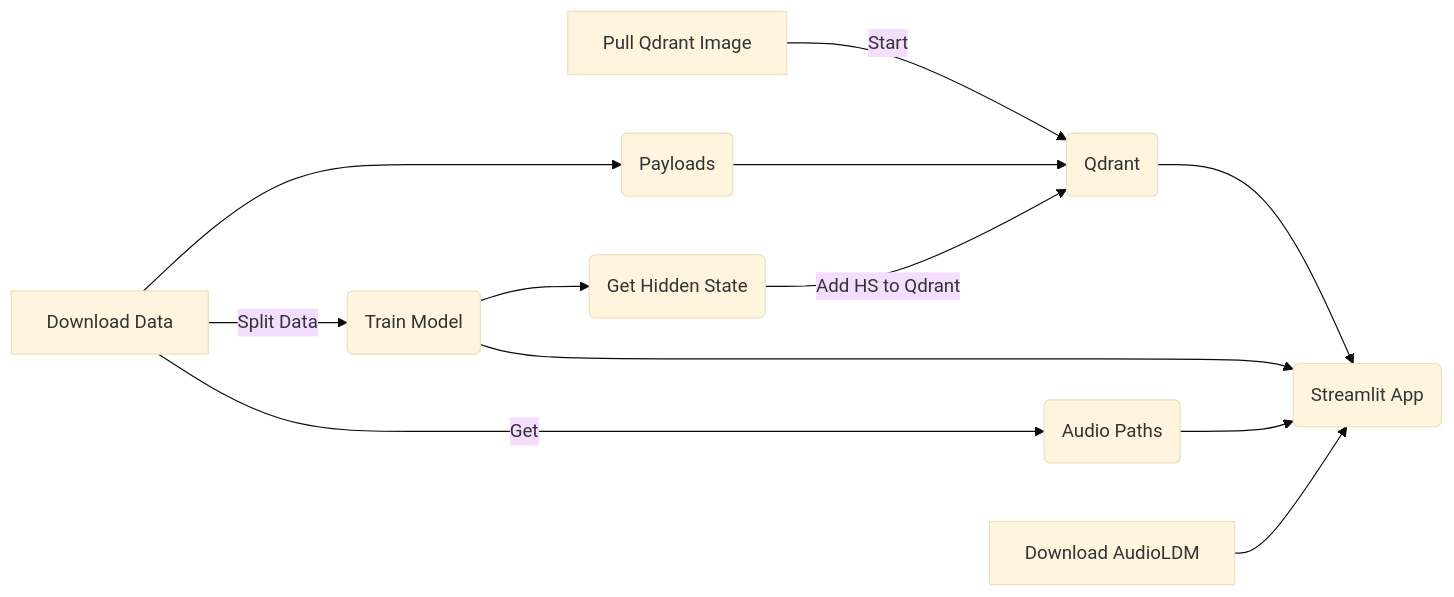
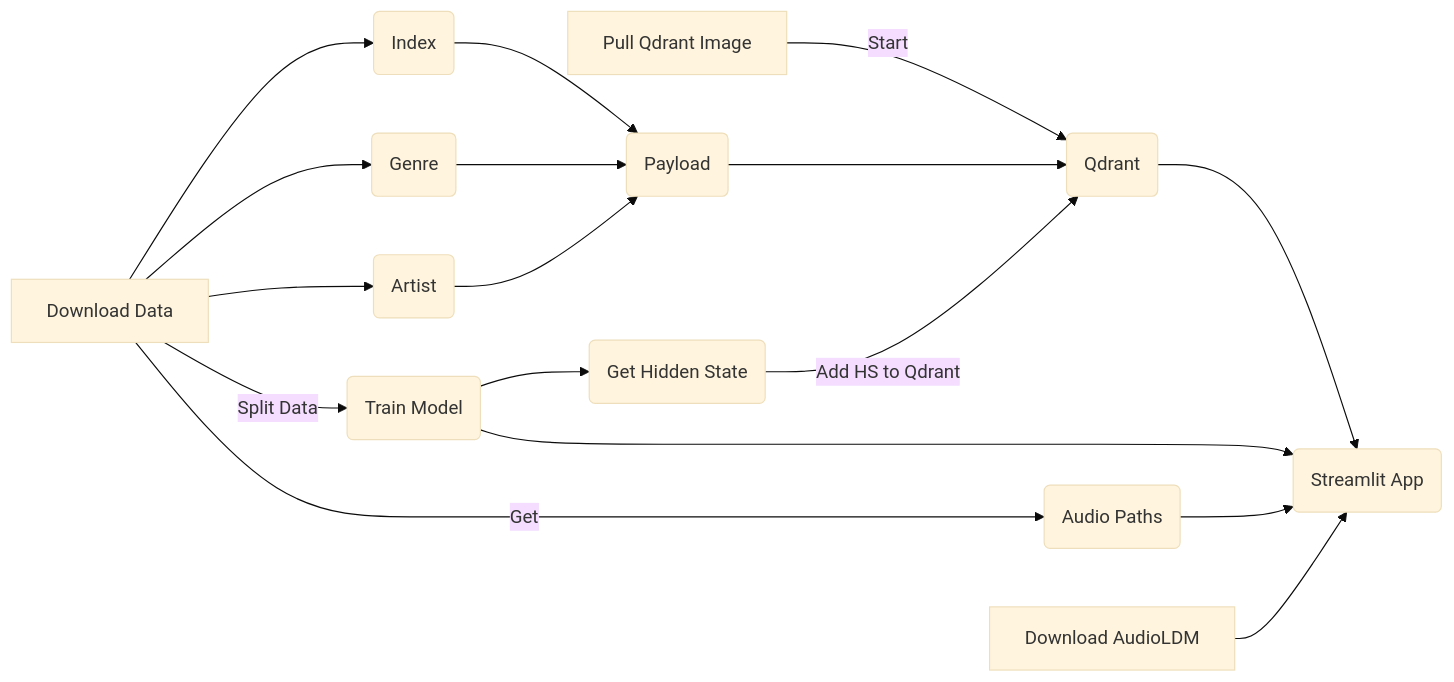
The diagram in README.md (ramonpzg/audiodb), drawn with Mermaid (base theme) before and after one commit.

Commit message:
updated diagram

````diff
--- a/README.md
+++ b/README.md
@@ -19,14 +19,19 @@
 ```mermaid
 flowchart LR
     J[Pull Qdrant Image] -->|Start| K(Qdrant)
     H --> K
     A[Download Data] -->|Split Data| B(Train Model)
+    A --> L(Index)
+    A --> M(Genre)
+    A --> N(Artist)
+    L --> H(Payload)
+    M --> H
+    N --> H
+    A -->|Get| F(Audio Paths)
     B --> C(Get Hidden State)
     C -->|Add HS to Qdrant| K
     K --> D(Streamlit App)
     B --> D
-    A -->|Get| F(Audio Paths)
     F --> D
     G[Download AudioLDM] --> D
-    A --> H(Payloads)
 ```
````
